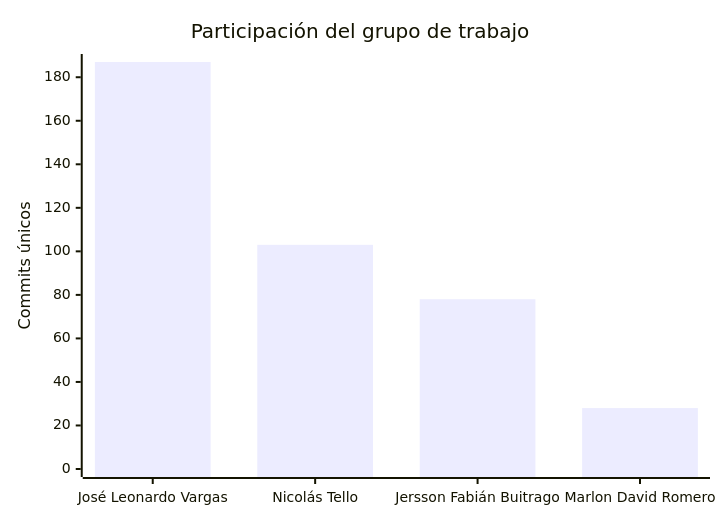
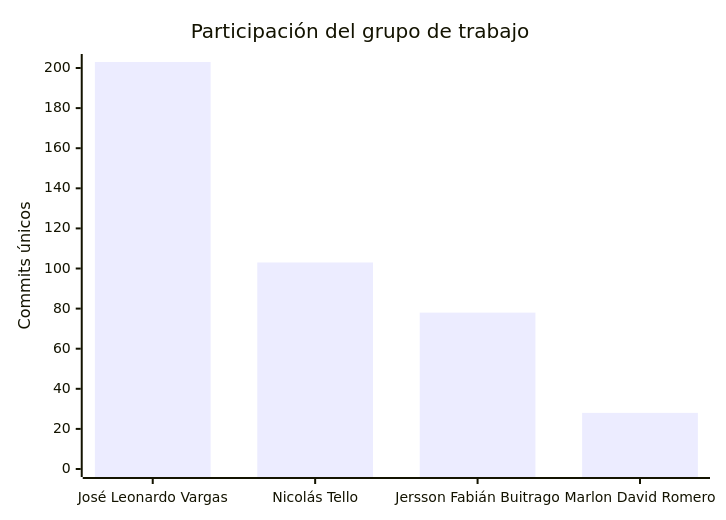
One commit to FarmaExpres/FarmaExpres changed the second of 2 diagrams in README.md. Above: the diagram before and after it, drawn with Mermaid. The commit also changed other lines of this file and 1 other file, not shown here.

````diff
--- a/README.md
+++ b/README.md
@@ -401,7 +401,7 @@
 ```mermaid
 xychart-beta
     title "Participación del grupo de trabajo"
     x-axis ["José Leonardo Vargas", "Nicolás Tello", "Jersson Fabián Buitrago", "Marlon David Romero"]
-    y-axis "Commits únicos" 0 --> 187
-    bar [187, 103, 78, 28]
+    y-axis "Commits únicos" 0 --> 203
+    bar [203, 103, 78, 28]
 ```
````
